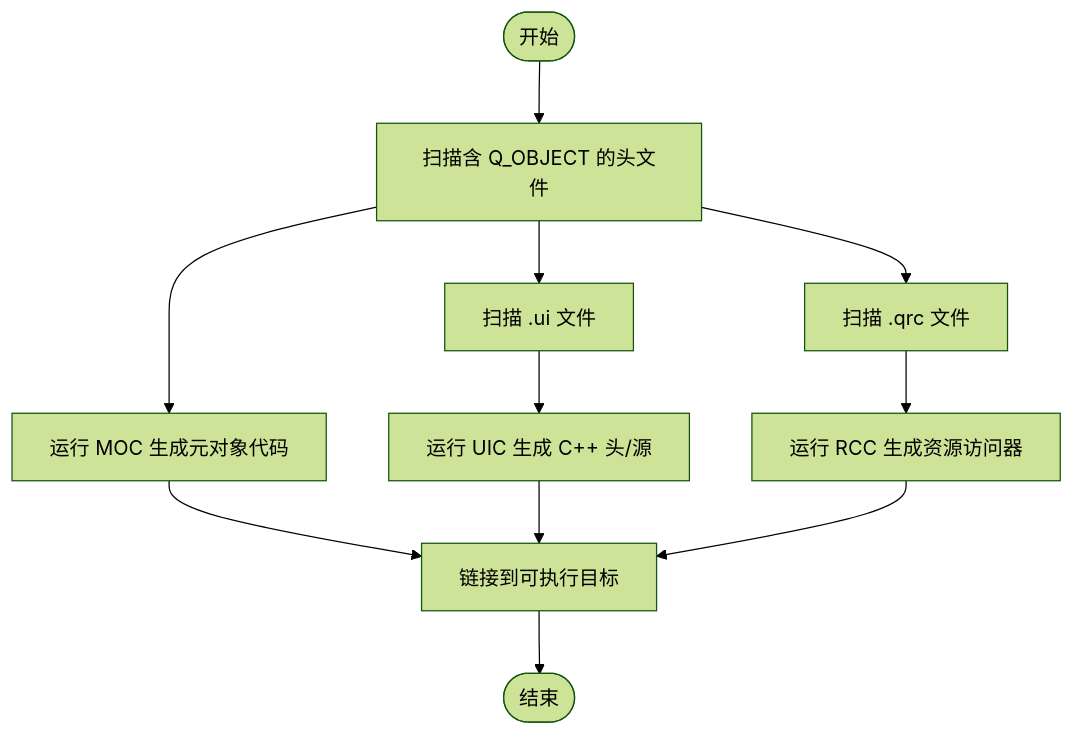
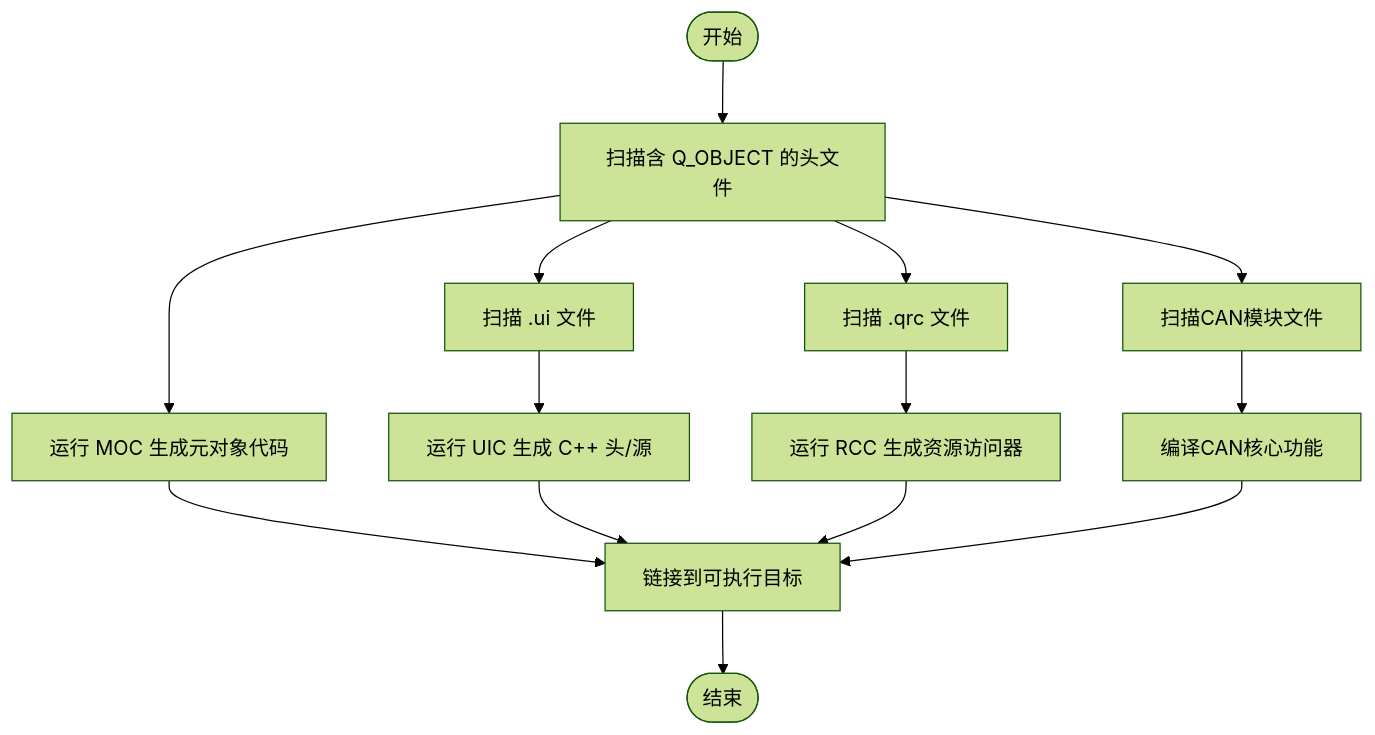
The third of 4 diagrams in .qoder/repowiki/zh/content/构建和部署/CMake构建配置.md (jakecai1225-design/OpenBus), drawn with Mermaid (forest theme) before and after one commit. The commit also changed other lines of this file and 31 other files, not shown here.

````diff
--- a/.qoder/repowiki/zh/content/构建和部署/CMake构建配置.md
+++ b/.qoder/repowiki/zh/content/构建和部署/CMake构建配置.md
@@ -181,13 +237,16 @@
 ```mermaid
 flowchart TD
 Start(["开始"]) --> CheckHeaders["扫描含 Q_OBJECT 的头文件"]
 CheckHeaders --> MOC["运行 MOC 生成元对象代码"]
 CheckHeaders --> ScanUI["扫描 .ui 文件"]
 ScanUI --> UIC["运行 UIC 生成 C++ 头/源"]
 CheckHeaders --> ScanQRC["扫描 .qrc 文件"]
 ScanQRC --> RCC["运行 RCC 生成资源访问器"]
+CheckHeaders --> ScanCAN["扫描CAN模块文件"]
+ScanCAN --> CompileCAN["编译CAN核心功能"]
 MOC --> Link["链接到可执行目标"]
 UIC --> Link
 RCC --> Link
+CompileCAN --> Link
 Link --> End(["结束"])
 ```
````
